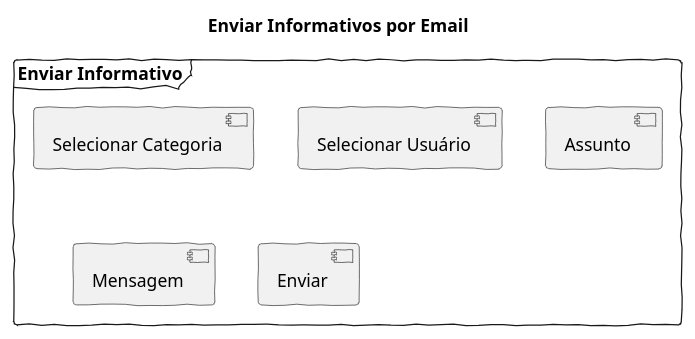
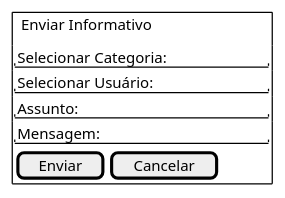
Before and after one commit to Projetos-de-Extensao/PBE_25.2_8004_Pioneiros: the diagram in docs/Elaboracao/prototipo/enviar_email.wsd, drawn with PlantUML.

```diff
--- a/docs/Elaboracao/prototipo/enviar_email.wsd
+++ b/docs/Elaboracao/prototipo/enviar_email.wsd
@@ -1,12 +1,12 @@
-@startuml
-skinparam handwritten true
-title Enviar Informativos por Email
-
-frame "Enviar Informativo" {
-  component "Selecionar Categoria"
-  component "Selecionar Usuário"
-  component "Assunto"
-  component "Mensagem"
-  component "Enviar"
+@startsalt
+{+
+  {^"Enviar Informativo"}
+  "Selecionar Categoria:    "
+  "Selecionar Usuário:      "
+  "Assunto:                 "
+  "Mensagem:                "
+  {
+    [ Enviar ] | [ Cancelar ]
+  }
 }
-@enduml
+@endsalt
```
